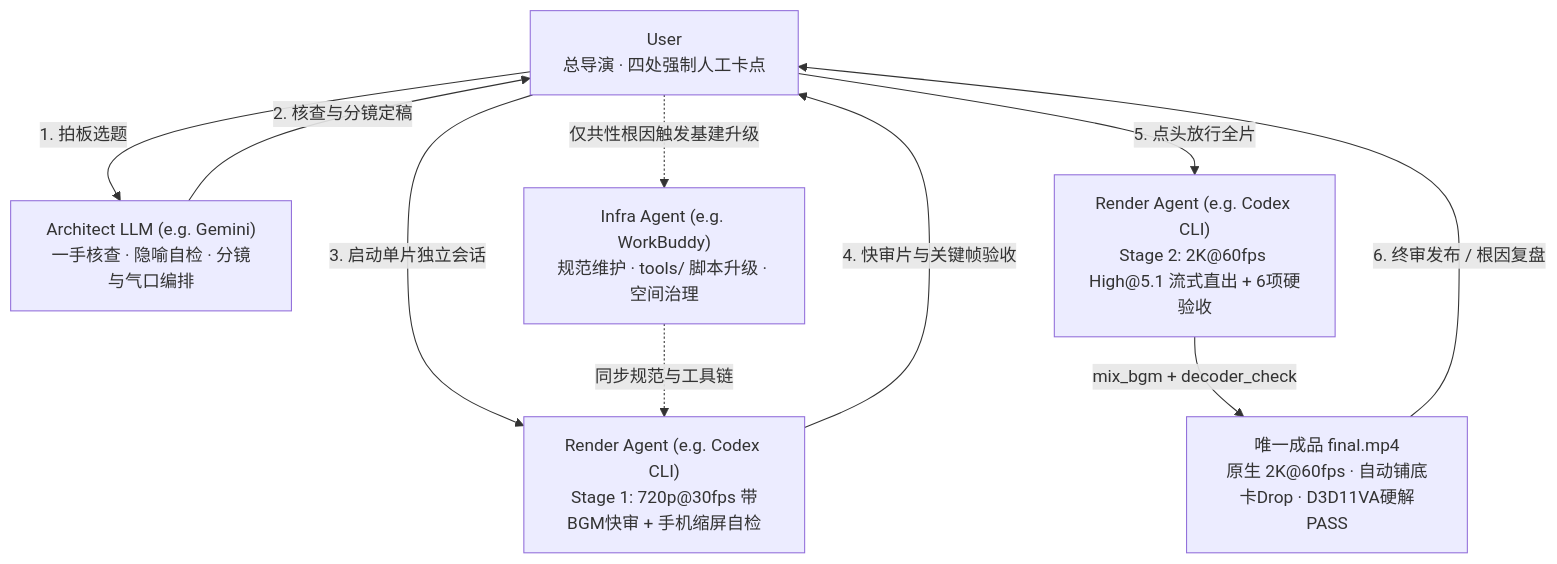
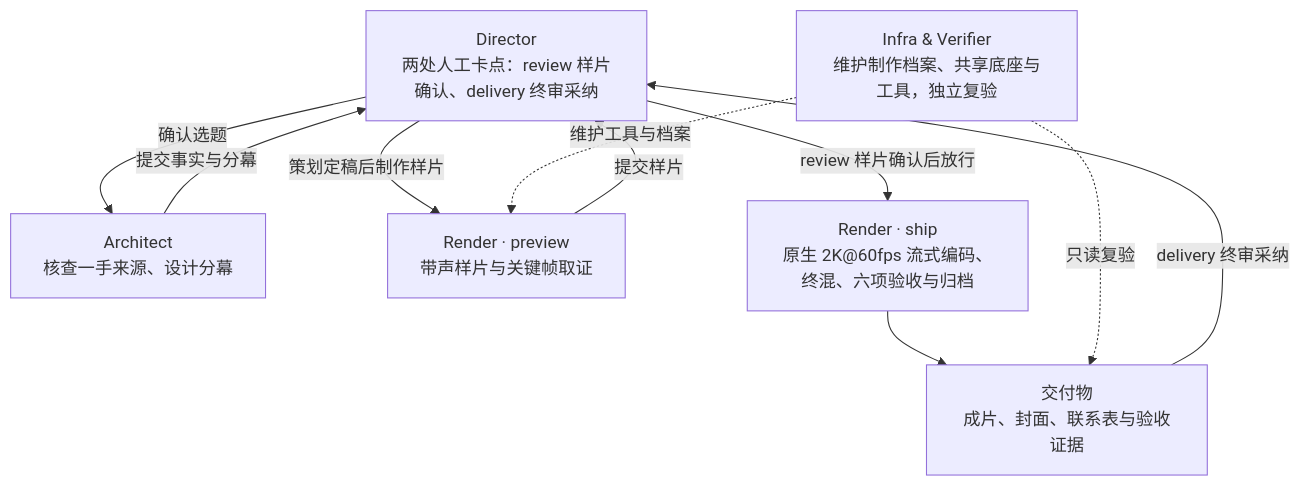
One commit to Heersley/MakeYourVideo changed the diagram in README.md. Above: the diagram before and after it, drawn with Mermaid. The commit also changed other lines of this file and 52 other files, not shown here.

````diff
--- a/README.md
+++ b/README.md
@@ -42,19 +28,18 @@
 ```mermaid
 flowchart TB
-    U["User<br/>总导演 · 四处强制人工卡点"]
-    G["Architect LLM (e.g. Gemini)<br/>一手核查 · 隐喻自检 · 分镜与气口编排"]
-    C1["Render Agent (e.g. Codex CLI)<br/>Stage 1: 720p@30fps 带BGM快审 + 手机缩屏自检"]
-    C2["Render Agent (e.g. Codex CLI)<br/>Stage 2: 2K@60fps High@5.1 流式直出 + 6项硬验收"]
-    W["Infra Agent (e.g. WorkBuddy)<br/>规范维护 · tools/ 脚本升级 · 空间治理"]
-    OUT["唯一成品 final.mp4<br/>原生 2K@60fps · 自动铺底卡Drop · D3D11VA硬解PASS"]
-
-    U -->|"1. 拍板选题"| G
-    G -->|"2. 核查与分镜定稿"| U
-    U -->|"3. 启动单片独立会话"| C1
-    C1 -->|"4. 快审片与关键帧验收"| U
-    U -->|"5. 点头放行全片"| C2
-    C2 -->|"mix_bgm + decoder_check"| OUT
-    OUT -->|"6. 终审发布 / 根因复盘"| U
-    U -.->|"仅共性根因触发基建升级"| W
-    W -.->|"同步规范与工具链"| C1
+    U["Director<br/>两处人工卡点：review 样片确认、delivery 终审采纳"]
+    A["Architect<br/>核查一手来源、设计分幕"]
+    P["Render · preview<br/>带声样片与关键帧取证"]
+    S["Render · ship<br/>原生 2K@60fps 流式编码、终混、六项验收与归档"]
+    I["Infra & Verifier<br/>维护制作档案、共享底座与工具，独立复验"]
+    O["交付物<br/>成片、封面、联系表与验收证据"]
+    U -->|"确认选题"| A
+    A -->|"提交事实与分幕"| U
+    U -->|"策划定稿后制作样片"| P
+    P -->|"提交样片"| U
+    U -->|"review 样片确认后放行"| S
+    S --> O
+    O -->|"delivery 终审采纳"| U
+    I -.->|"维护工具与档案"| P
+    I -.->|"只读复验"| O
 ```
````
